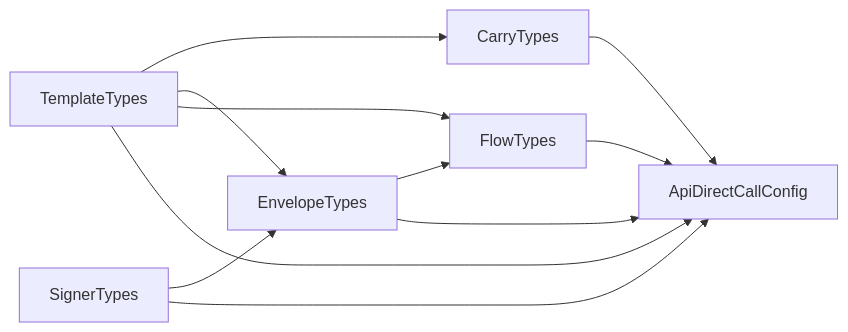
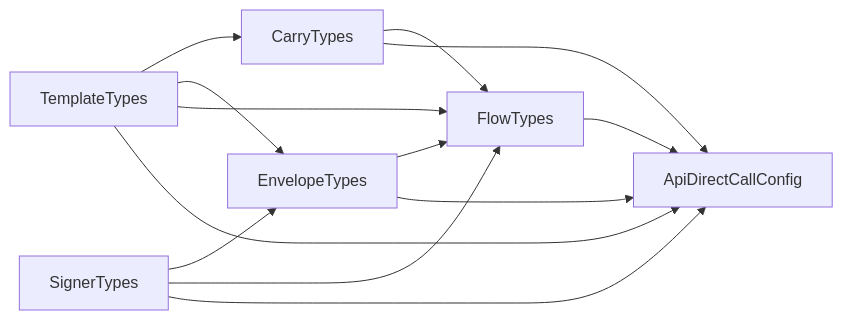
One commit to sergienko4/israeli-bank-scrapers changed the diagram in docs/architecture/config-contracts.md. Above: the diagram before and after it, drawn with Mermaid. The commit also changed other lines of this file and 16 other files, not shown here.

````diff
--- a/docs/architecture/config-contracts.md
+++ b/docs/architecture/config-contracts.md
@@ -30,19 +30,21 @@
 ```mermaid
 flowchart LR
     T[TemplateTypes]
     S[SignerTypes]
     C[CarryTypes]
     E[EnvelopeTypes]
     F[FlowTypes]
     A[ApiDirectCallConfig]
     T --> C
     T --> E
     T --> F
     T --> A
     S --> E
+    S --> F
     S --> A
+    C --> F
     C --> A
     E --> F
     E --> A
     F --> A
 ```
````
